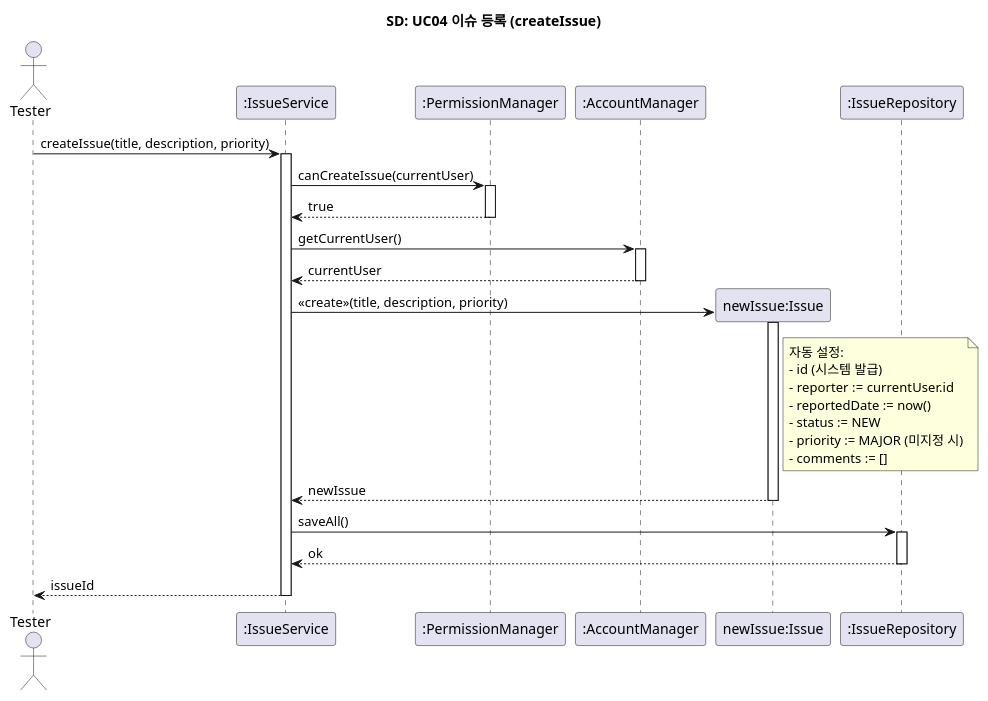
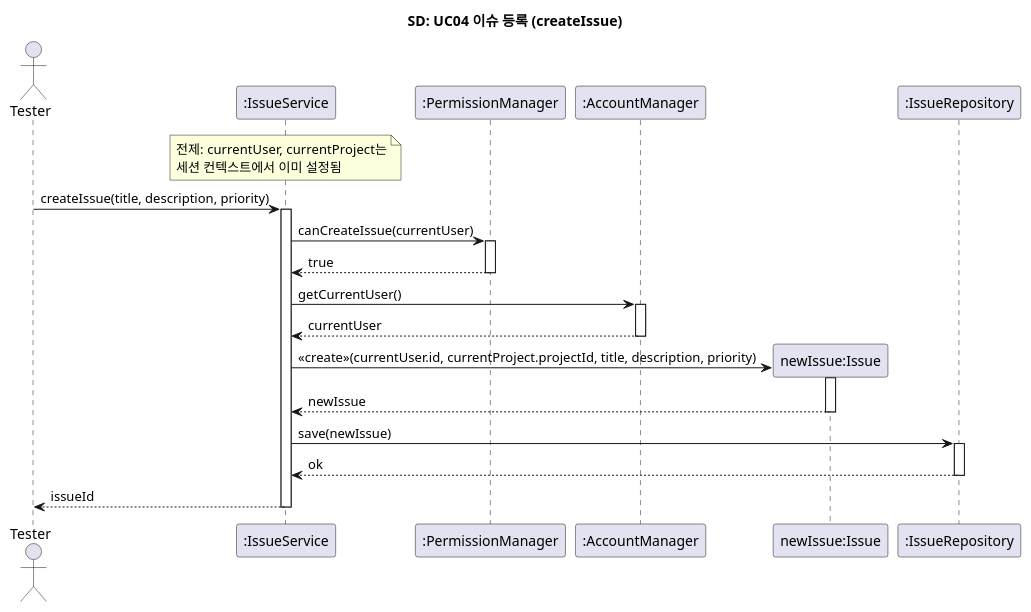
One commit to SoftwareEngineeringTeam10/SE-IssueTrackingSystem changed the diagram in docs/design/sd/sd_uc04_register_issue.puml. Above: the diagram before and after it, drawn with PlantUML. The commit also changed 1 other file, not shown here.

Commit message:
fix(sd): reporterId + save + 전제 note 추가 + create 인자 정정 (5/18 회의 결정 반영)

```diff
--- a/docs/design/sd/sd_uc04_register_issue.puml
+++ b/docs/design/sd/sd_uc04_register_issue.puml
@@ -1,47 +1,43 @@
 @startuml SD_UC04_RegisterIssue
 title SD: UC04 이슈 등록 (createIssue)
 
 actor Tester as t
 participant ":IssueService" as svc
 participant ":PermissionManager" as perm
 participant ":AccountManager" as acc
 participant "newIssue:Issue" as iss
 participant ":IssueRepository" as repo
+
+note over svc
+  전제: currentUser, currentProject는
+  세션 컨텍스트에서 이미 설정됨
+end note
 
 t -> svc : createIssue(title, description, priority)
 activate svc
 
 svc -> perm : canCreateIssue(currentUser)
 activate perm
 perm --> svc : true
 deactivate perm
 
 svc -> acc : getCurrentUser()
 activate acc
 acc --> svc : currentUser
 deactivate acc
 
 create iss
-svc -> iss : <<create>>(title, description, priority)
+svc -> iss : <<create>>(currentUser.id, currentProject.projectId, title, description, priority)
 activate iss
-note right of iss
-  자동 설정:
-  - id (시스템 발급)
-  - reporter := currentUser.id
-  - reportedDate := now()
-  - status := NEW
-  - priority := MAJOR (미지정 시)
-  - comments := []
-end note
 iss --> svc : newIssue
 deactivate iss
 
-svc -> repo : saveAll()
+svc -> repo : save(newIssue)
 activate repo
 repo --> svc : ok
 deactivate repo
 
 svc --> t : issueId
 deactivate svc
 
 @enduml
```
